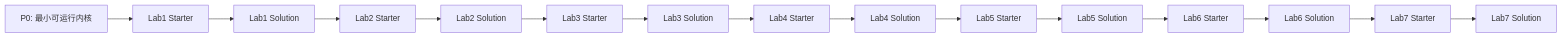
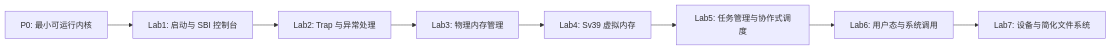
One commit to yicanzhang776-tech/os changed the diagram in docs/labs/README.md. Above: the diagram before and after it, drawn with Mermaid. The commit also changed other lines of this file and 38 other files, not shown here.

````diff
--- a/docs/labs/README.md
+++ b/docs/labs/README.md
@@ -26,17 +19,10 @@
 ```mermaid
 flowchart LR
-    P0["P0: 最小可运行内核"] --> L1S["Lab1 Starter"]
-    L1S --> L1A["Lab1 Solution"]
-    L1A --> L2S["Lab2 Starter"]
-    L2S --> L2A["Lab2 Solution"]
-    L2A --> L3S["Lab3 Starter"]
-    L3S --> L3A["Lab3 Solution"]
-    L3A --> L4S["Lab4 Starter"]
-    L4S --> L4A["Lab4 Solution"]
-    L4A --> L5S["Lab5 Starter"]
-    L5S --> L5A["Lab5 Solution"]
-    L5A --> L6S["Lab6 Starter"]
-    L6S --> L6A["Lab6 Solution"]
-    L6A --> L7S["Lab7 Starter"]
-    L7S --> L7A["Lab7 Solution"]
+    P0["P0: 最小可运行内核"] --> L1["Lab1: 启动与 SBI 控制台"]
+    L1 --> L2["Lab2: Trap 与异常处理"]
+    L2 --> L3["Lab3: 物理内存管理"]
+    L3 --> L4["Lab4: Sv39 虚拟内存"]
+    L4 --> L5["Lab5: 任务管理与协作式调度"]
+    L5 --> L6["Lab6: 用户态与系统调用"]
+    L6 --> L7["Lab7: 设备与简化文件系统"]
 ```
````
